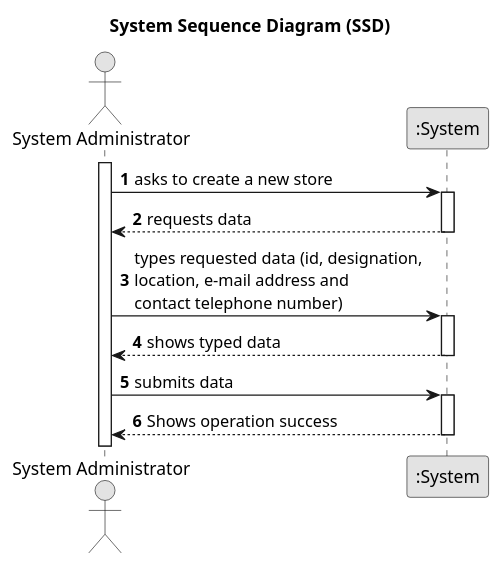
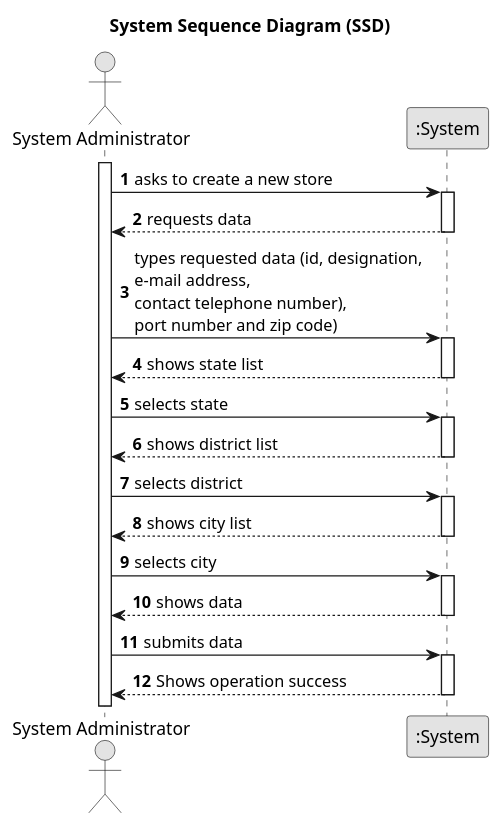
The diagram in docs/Sprint-B/US005/01.requirements-engineering/puml/us005-system-sequence-diagram.puml (Rodrick0209/ISEP-LAPR2-22-23), drawn with PlantUML before and after one commit. The commit also changed 15 other files, not shown here.

Commit message:
US006 Design (SD & Class Diagram)

```diff
--- a/docs/Sprint-B/US005/01.requirements-engineering/puml/us005-system-sequence-diagram.puml
+++ b/docs/Sprint-B/US005/01.requirements-engineering/puml/us005-system-sequence-diagram.puml
@@ -1,31 +1,46 @@
 @startuml
 skinparam monochrome true
 skinparam packageStyle rectangle
 skinparam shadowing false
 
 title System Sequence Diagram (SSD)
 
 autonumber
 
 actor "System Administrator" as Administrator
 participant ":System" as System
 
 
 activate Administrator
 
     Administrator -> System : asks to create a new store
     activate System
         System --> Administrator : requests data
         deactivate System
 
-    Administrator -> System : types requested data (id, designation, \nlocation, e-mail address and \ncontact telephone number)
+    Administrator -> System : types requested data (id, designation, \ne-mail address, \ncontact telephone number), \nport number and zip code)
     activate System
-        System --> Administrator: shows typed data
+        System --> Administrator: shows state list
+        deactivate System
+
+    Administrator -> System: selects state
+    activate System
+        System --> Administrator: shows district list
+        deactivate System
+
+    Administrator -> System: selects district
+    activate System
+        System --> Administrator: shows city list
+        deactivate System
+
+    Administrator -> System: selects city
+    activate System
+        System --> Administrator: shows data
         deactivate System
 
     Administrator -> System : submits data
     activate System
         System --> Administrator : Shows operation success
         deactivate System
 
 @enduml
```
